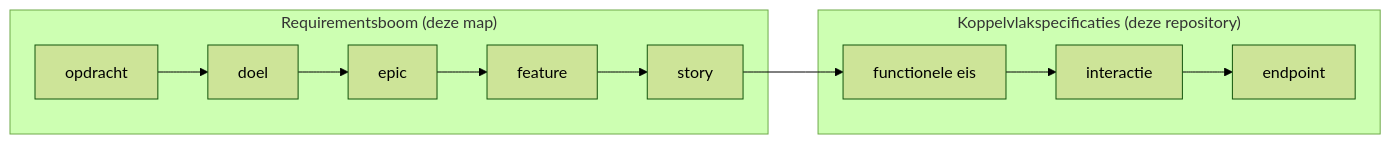
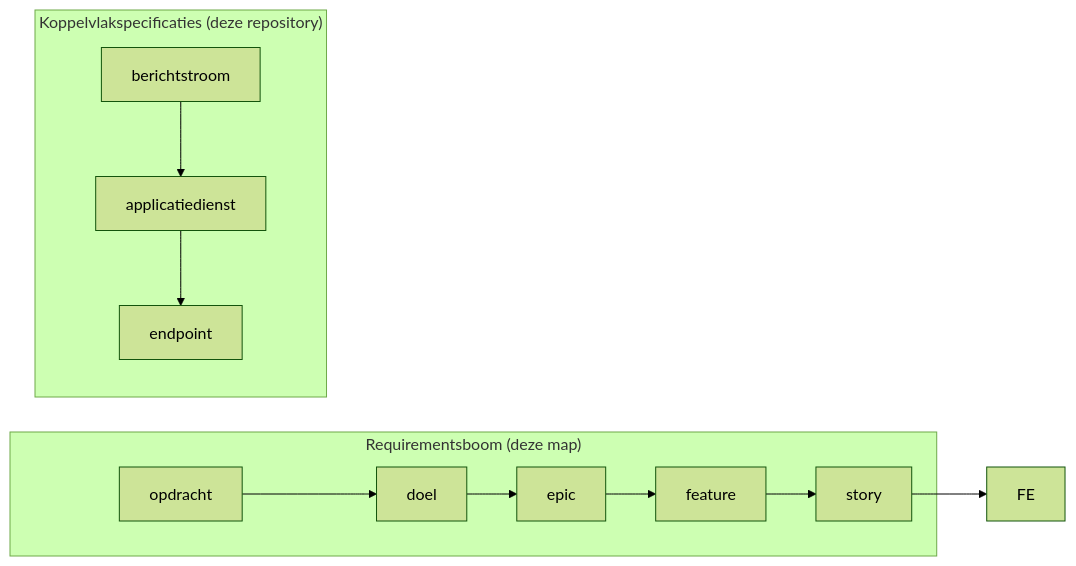
One commit to Npuls-OKx/Public changed the second of 25 diagrams in Koppelvlakspecificaties/koppelvlakspecificatie.md. Above: the diagram before and after it, drawn with Mermaid (forest theme). The commit also changed other lines of this file and 10 other files, not shown here.

````diff
--- a/Koppelvlakspecificaties/koppelvlakspecificatie.md
+++ b/Koppelvlakspecificaties/koppelvlakspecificatie.md
@@ -290,10 +290,10 @@
 ```mermaid
 flowchart LR
   subgraph boom["Requirementsboom (deze map)"]
     OPD["opdracht"] --> DOEL["doel"] --> EPIC["epic"] --> FEAT["feature"] --> STORY["story"]
   end
   subgraph kvs["Koppelvlakspecificaties (deze repository)"]
-    FE["functionele eis"] --> IA["interactie"] --> EP["endpoint"]
+    BS["berichtstroom"] --> AD["applicatiedienst"] --> EP["endpoint"]
   end
   STORY --> FE
 ```
````
